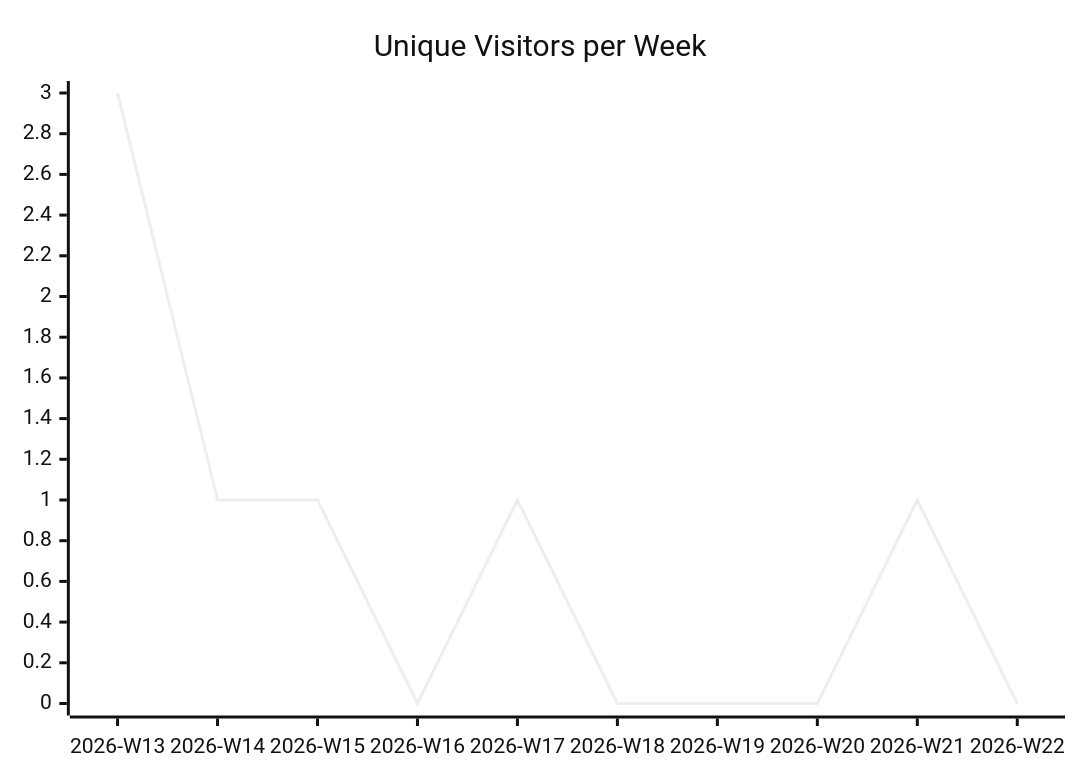
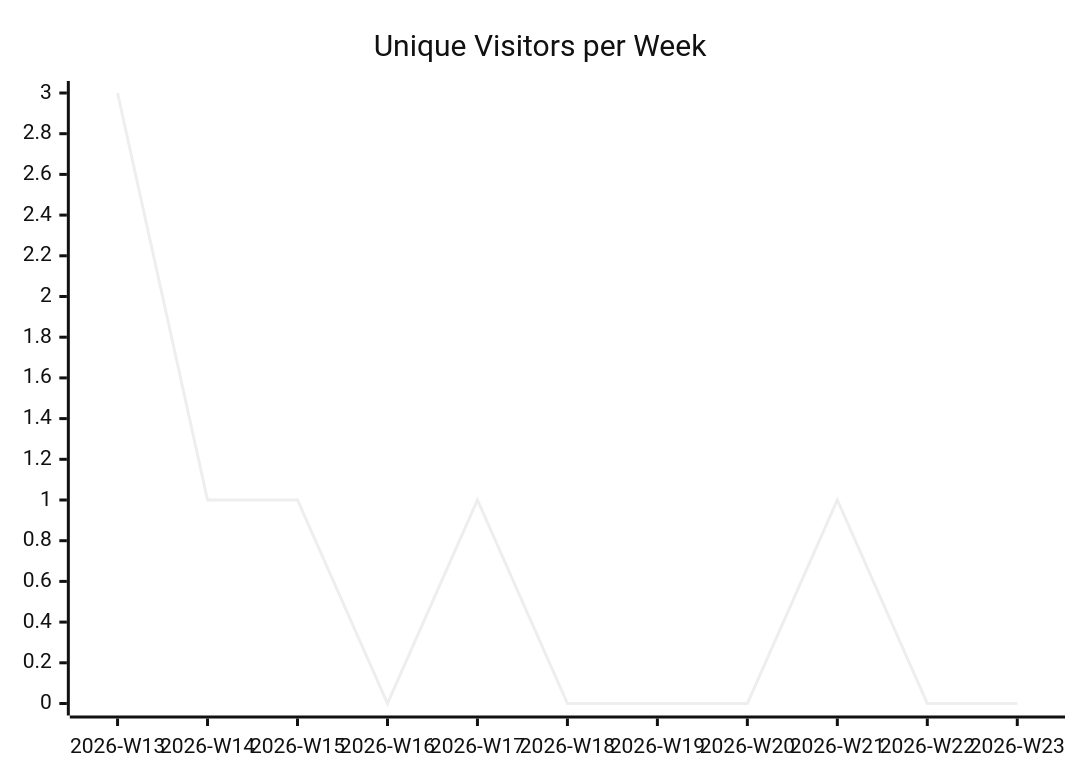
The first of 3 diagrams in karlmdavis/rps-tourney/README.md (justdavis-family/github-analytics-data), drawn with Mermaid (neutral theme) before and after one commit. The commit also changed other lines of this file and 186 other files, not shown here.

````diff
--- a/karlmdavis/rps-tourney/README.md
+++ b/karlmdavis/rps-tourney/README.md
@@ -5,6 +5,6 @@
 ```mermaid
 xychart-beta
   title "Unique Visitors per Week"
-  x-axis ["2026-W13", "2026-W14", "2026-W15", "2026-W16", "2026-W17", "2026-W18", "2026-W19", "2026-W20", "2026-W21", "2026-W22"]
-  line [3, 1, 1, 0, 1, 0, 0, 0, 1, 0]
+  x-axis ["2026-W13", "2026-W14", "2026-W15", "2026-W16", "2026-W17", "2026-W18", "2026-W19", "2026-W20", "2026-W21", "2026-W22", "2026-W23"]
+  line [3, 1, 1, 0, 1, 0, 0, 0, 1, 0, 0]
 ```
````
